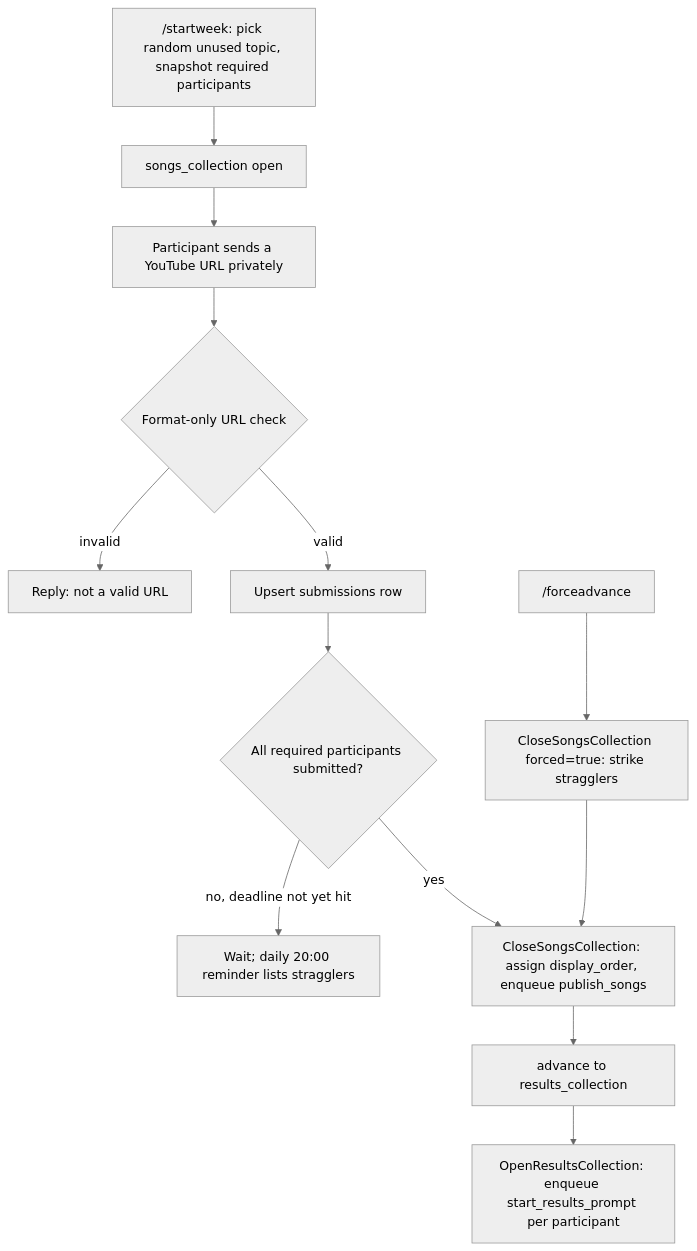
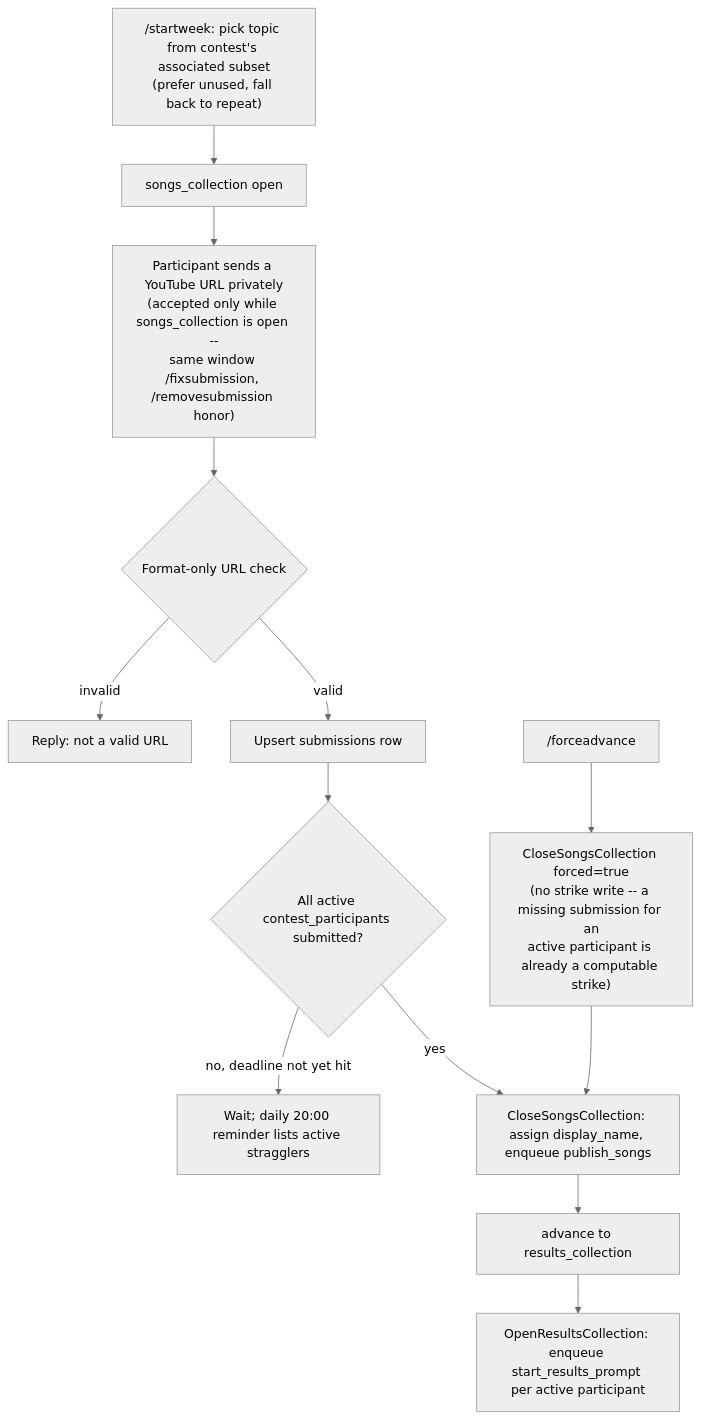
Before and after one commit to cristianat98/Music-Contest-Telegram: the third of 4 diagrams in docs/flows.md, drawn with Mermaid (neutral theme). The commit also changed other lines of this file and 19 other files, not shown here.

````diff
--- a/docs/flows.md
+++ b/docs/flows.md
@@ -43,15 +50,15 @@
 ```mermaid
 flowchart TB
-  Start["/startweek: pick random unused topic, snapshot required participants"] --> Open[songs_collection open]
-  Open --> Submit[Participant sends a YouTube URL privately]
+  Start["/startweek: pick topic from contest's associated subset\n(prefer unused, fall back to repeat)"] --> Open[songs_collection open]
+  Open --> Submit["Participant sends a YouTube URL privately\n(accepted only while songs_collection is open --\nsame window /fixsubmission, /removesubmission honor)"]
   Submit --> Validate{Format-only URL check}
   Validate -->|invalid| Reject[Reply: not a valid URL]
   Validate -->|valid| Store[Upsert submissions row]
-  Store --> CheckComplete{All required participants submitted?}
-  CheckComplete -->|no, deadline not yet hit| Wait[Wait; daily 20:00 reminder lists stragglers]
-  CheckComplete -->|yes| Close[CloseSongsCollection: assign display_order, enqueue publish_songs]
-  Admin["/forceadvance"] --> ForceClose[CloseSongsCollection forced=true: strike stragglers]
+  Store --> CheckComplete{All active contest_participants submitted?}
+  CheckComplete -->|no, deadline not yet hit| Wait[Wait; daily 20:00 reminder lists active stragglers]
+  CheckComplete -->|yes| Close[CloseSongsCollection: assign display_name, enqueue publish_songs]
+  Admin["/forceadvance"] --> ForceClose["CloseSongsCollection forced=true\n(no strike write -- a missing submission for an\nactive participant is already a computable strike)"]
   ForceClose --> Close
   Close --> Transition[advance to results_collection]
-  Transition --> OpenResults[OpenResultsCollection: enqueue start_results_prompt per participant]
+  Transition --> OpenResults[OpenResultsCollection: enqueue start_results_prompt per active participant]
 ```
````
